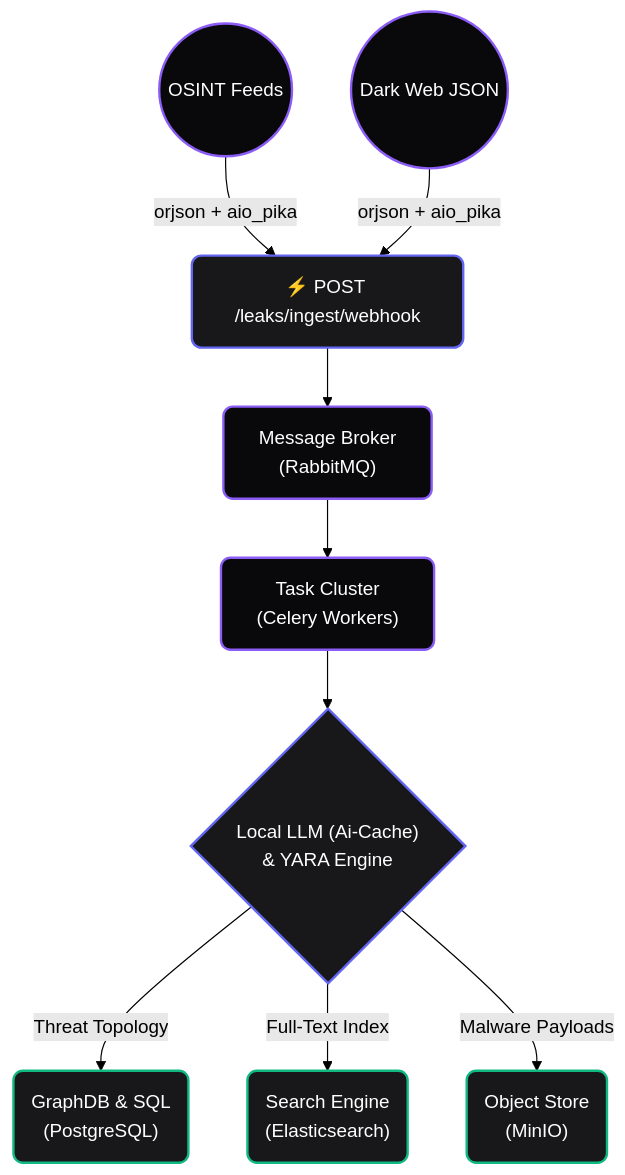
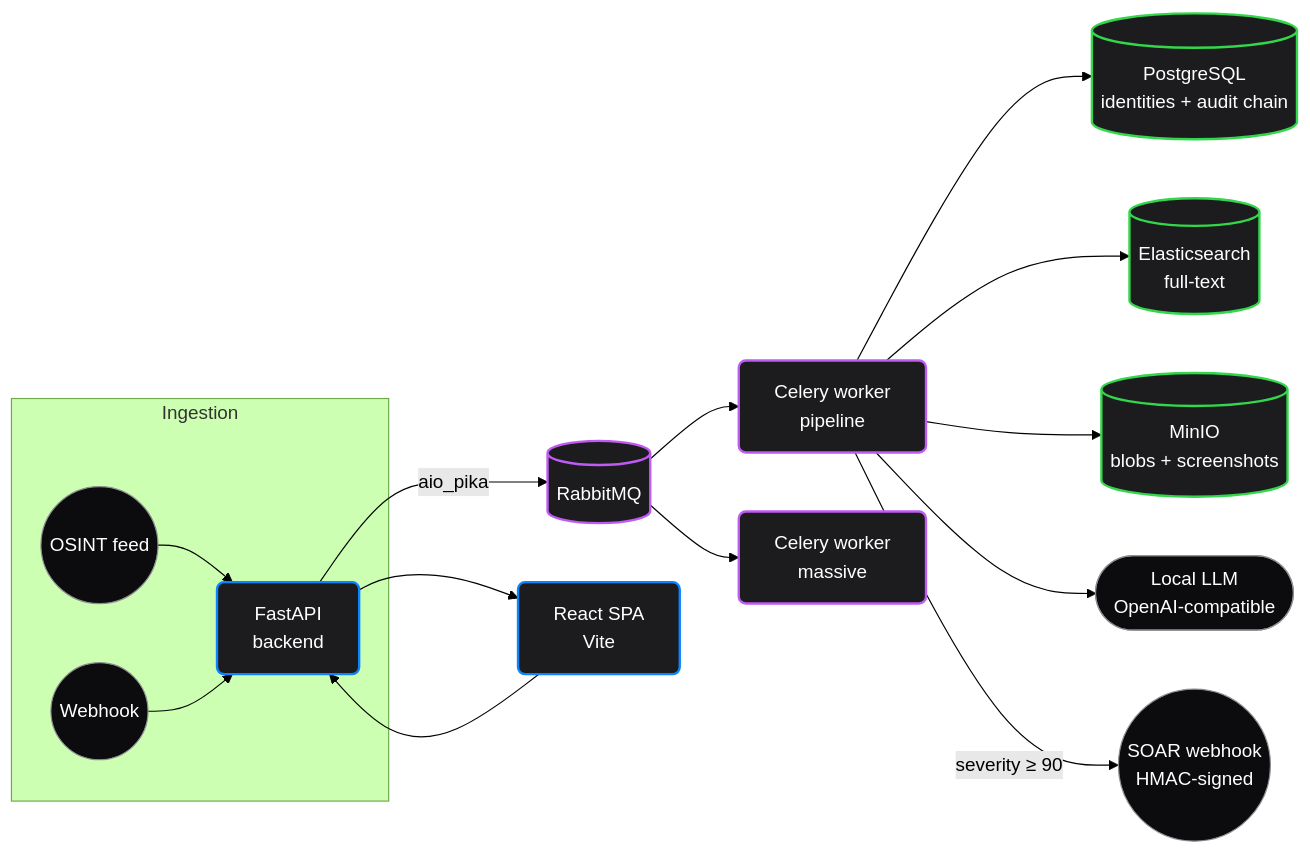
The diagram in README.md (fabriziosalmi/naso), drawn with Mermaid (forest theme) before and after one commit. The commit also changed other lines of this file, not shown here.

````diff
--- a/README.md
+++ b/README.md
@@ -40,21 +49,24 @@
 ```mermaid
-graph TD
-    classDef intel fill:#18181b,stroke:#6366f1,stroke-width:2px,color:#FFFFFF,rx:8,ry:8;
-    classDef worker fill:#09090b,stroke:#8b5cf6,stroke-width:2px,color:#FFFFFF,rx:8,ry:8;
-    classDef storage fill:#18181b,stroke:#10b981,stroke-width:2px,color:#FFFFFF,rx:8,ry:8;
+graph LR
+  classDef api fill:#1c1c1e,stroke:#0a84ff,stroke-width:2px,color:#fff,rx:6,ry:6
+  classDef worker fill:#1c1c1e,stroke:#bf5af2,stroke-width:2px,color:#fff,rx:6,ry:6
+  classDef store fill:#1c1c1e,stroke:#32d74b,stroke-width:2px,color:#fff,rx:6,ry:6
+  classDef ext fill:#0c0c0e,stroke:#8e8e93,stroke-width:1px,color:#fff,rx:6,ry:6
 
-    A1((OSINT Feeds)):::worker
-    A2((Dark Web JSON)):::worker
+  subgraph Ingestion
+    A1((OSINT feed)):::ext --> API
+    A2((Webhook)):::ext --> API
+  end
+  API[FastAPI<br/>backend]:::api -->|aio_pika| MQ[(RabbitMQ)]:::worker
+  MQ --> WP[Celery worker<br/>pipeline]:::worker
+  MQ --> WM[Celery worker<br/>massive]:::worker
 
-    B("⚡ POST /leaks/ingest/webhook"):::intel
-    A1 & A2 -->|orjson + aio_pika| B
+  WP --> PG[(PostgreSQL<br/>identities + audit chain)]:::store
+  WP --> ES[(Elasticsearch<br/>full-text)]:::store
+  WP --> MIN[(MinIO<br/>blobs + screenshots)]:::store
+  WP --> LLM([Local LLM<br/>OpenAI-compatible]):::ext
+  WP -->|severity ≥ 90| SOAR((SOAR webhook<br/>HMAC-signed)):::ext
 
-    B --> C["Message Broker\n(RabbitMQ)"]:::worker
-    C --> D["Task Cluster\n(Celery Workers)"]:::worker
-
-    D --> E{"Local LLM (Ai-Cache)\n& YARA Engine"}:::intel
-
-    E -->|Threat Topology| F1("GraphDB & SQL\n(PostgreSQL)"):::storage
-    E -->|Full-Text Index| F2("Search Engine\n(Elasticsearch)"):::storage
-    E -->|Malware Payloads| F3("Object Store\n(MinIO)"):::storage
+  SPA[React SPA<br/>Vite]:::api --> API
+  API --> SPA
 ```
````
